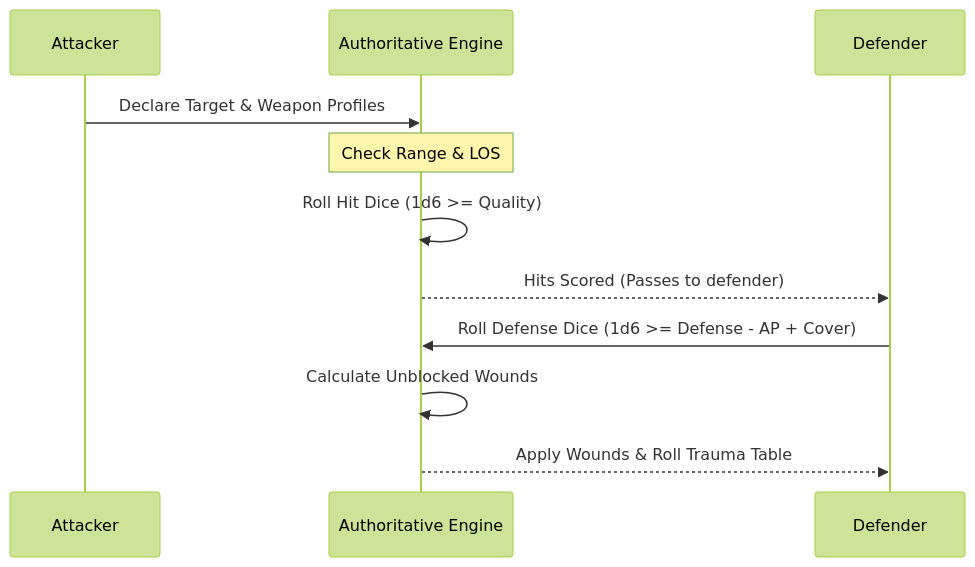
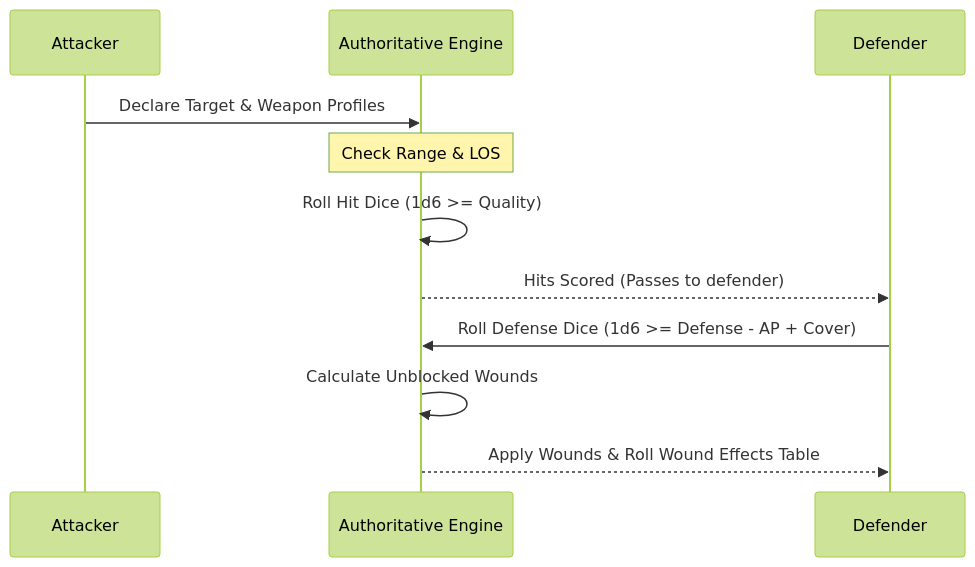
The second of 2 diagrams in doc/RULES_SPECIFICATION.md (devianweb/skirmish-lab), drawn with Mermaid (forest theme) before and after one commit. The commit also changed other lines of this file and 3 other files, not shown here.

Commit message:
docs: update data model, rules specification, roadmap, and add release 0.0.7 fixes checklist

````diff
--- a/doc/RULES_SPECIFICATION.md
+++ b/doc/RULES_SPECIFICATION.md
@@ -80,14 +80,14 @@
 ```mermaid
 sequenceDiagram
     participant Attacker
     participant Server as Authoritative Engine
     participant Defender
 
     Attacker->>Server: Declare Target & Weapon Profiles
     Note over Server: Check Range & LOS
     Server->>Server: Roll Hit Dice (1d6 >= Quality)
     Server-->>Defender: Hits Scored (Passes to defender)
     Defender->>Server: Roll Defense Dice (1d6 >= Defense - AP + Cover)
     Server->>Server: Calculate Unblocked Wounds
-    Server-->>Defender: Apply Wounds & Roll Trauma Table
+    Server-->>Defender: Apply Wounds & Roll Wound Effects Table
 ```
````
